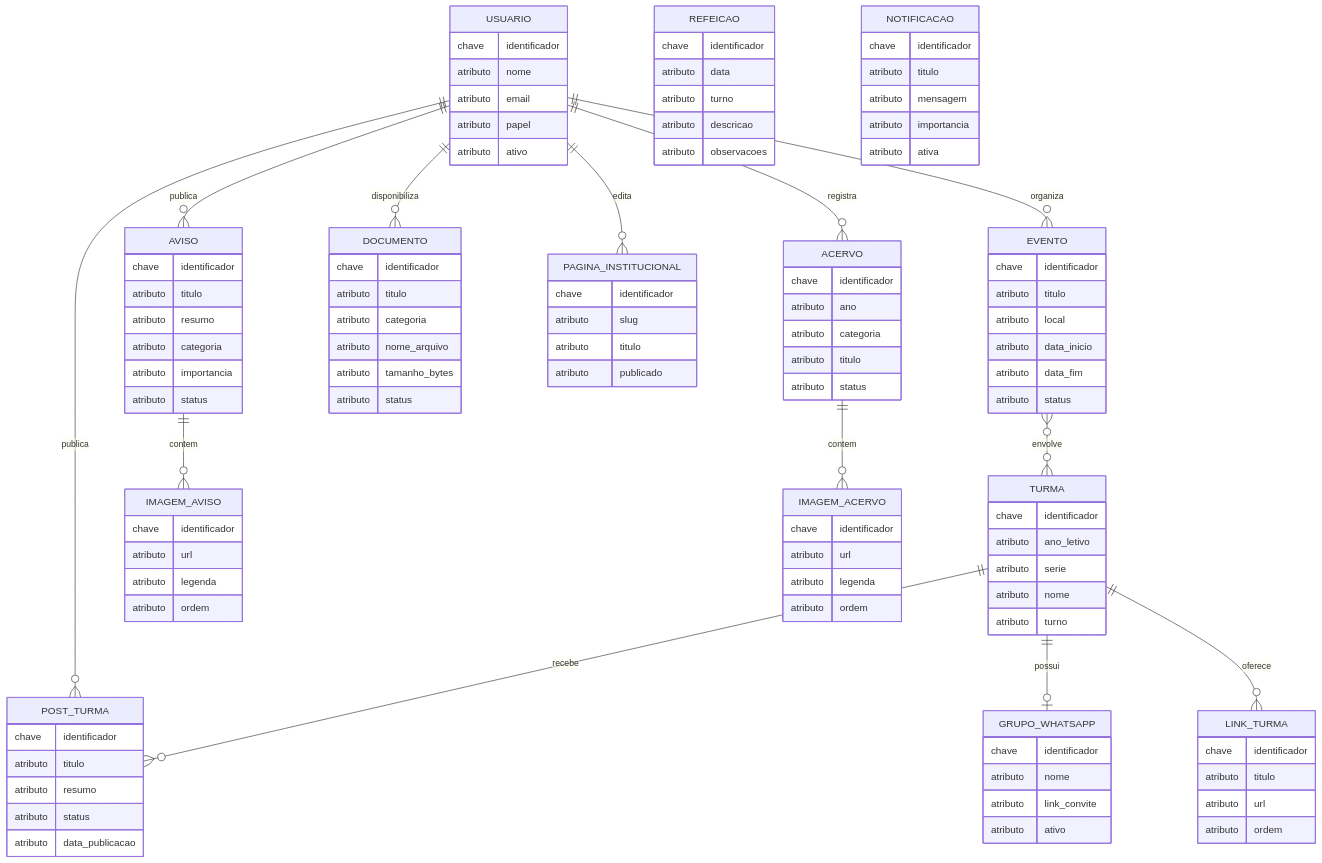
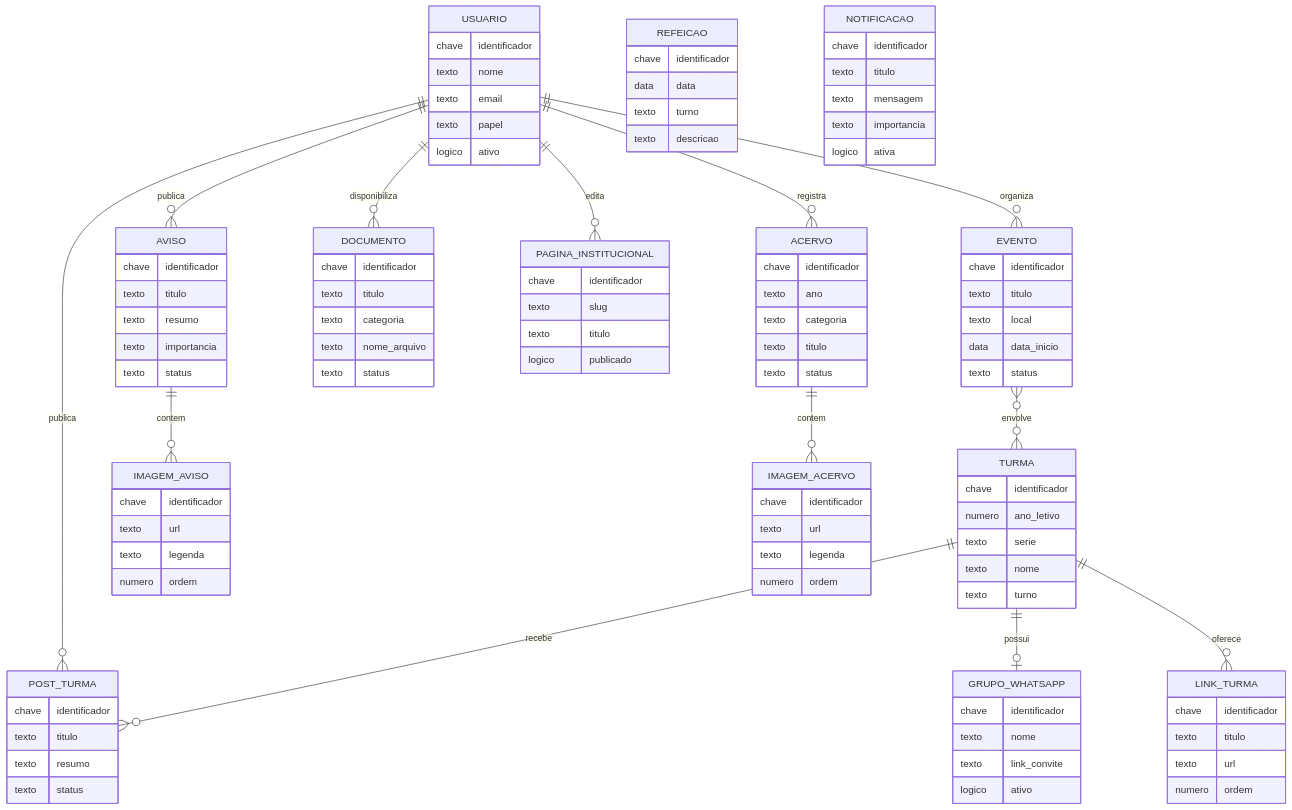
The diagram in 01_modelagem/der_conceitual.mmd (jefheee/a3-banco-dados-benonivio), drawn with Mermaid before and after one commit. The commit also changed 28 other files, not shown here.

```diff
--- a/01_modelagem/der_conceitual.mmd
+++ b/01_modelagem/der_conceitual.mmd
@@ -1,126 +1,121 @@
 erDiagram
     USUARIO {
         chave identificador
-        atributo nome
-        atributo email
-        atributo papel
-        atributo ativo
+        texto nome
+        texto email
+        texto papel
+        logico ativo
     }
 
     TURMA {
         chave identificador
-        atributo ano_letivo
-        atributo serie
-        atributo nome
-        atributo turno
+        numero ano_letivo
+        texto serie
+        texto nome
+        texto turno
     }
 
     GRUPO_WHATSAPP {
         chave identificador
-        atributo nome
-        atributo link_convite
-        atributo ativo
+        texto nome
+        texto link_convite
+        logico ativo
     }
 
     LINK_TURMA {
         chave identificador
-        atributo titulo
-        atributo url
-        atributo ordem
+        texto titulo
+        texto url
+        numero ordem
     }
 
     POST_TURMA {
         chave identificador
-        atributo titulo
-        atributo resumo
-        atributo status
-        atributo data_publicacao
+        texto titulo
+        texto resumo
+        texto status
     }
 
     AVISO {
         chave identificador
-        atributo titulo
-        atributo resumo
-        atributo categoria
-        atributo importancia
-        atributo status
+        texto titulo
+        texto resumo
+        texto importancia
+        texto status
     }
 
     IMAGEM_AVISO {
         chave identificador
-        atributo url
-        atributo legenda
-        atributo ordem
+        texto url
+        texto legenda
+        numero ordem
     }
 
     ACERVO {
         chave identificador
-        atributo ano
-        atributo categoria
-        atributo titulo
-        atributo status
+        texto ano
+        texto categoria
+        texto titulo
+        texto status
     }
 
     IMAGEM_ACERVO {
         chave identificador
-        atributo url
-        atributo legenda
-        atributo ordem
+        texto url
+        texto legenda
+        numero ordem
     }
 
     DOCUMENTO {
         chave identificador
-        atributo titulo
-        atributo categoria
-        atributo nome_arquivo
-        atributo tamanho_bytes
-        atributo status
+        texto titulo
+        texto categoria
+        texto nome_arquivo
+        texto status
     }
 
     PAGINA_INSTITUCIONAL {
         chave identificador
-        atributo slug
-        atributo titulo
-        atributo publicado
+        texto slug
+        texto titulo
+        logico publicado
     }
 
     EVENTO {
         chave identificador
-        atributo titulo
-        atributo local
-        atributo data_inicio
-        atributo data_fim
-        atributo status
+        texto titulo
+        texto local
+        data data_inicio
+        texto status
     }
 
     REFEICAO {
         chave identificador
-        atributo data
-        atributo turno
-        atributo descricao
-        atributo observacoes
+        data data
+        texto turno
+        texto descricao
     }
 
     NOTIFICACAO {
         chave identificador
-        atributo titulo
-        atributo mensagem
-        atributo importancia
-        atributo ativa
+        texto titulo
+        texto mensagem
+        texto importancia
+        logico ativa
     }
 
     USUARIO ||--o{ AVISO : "publica"
     USUARIO ||--o{ ACERVO : "registra"
     USUARIO ||--o{ DOCUMENTO : "disponibiliza"
     USUARIO ||--o{ PAGINA_INSTITUCIONAL : "edita"
     USUARIO ||--o{ POST_TURMA : "publica"
     USUARIO ||--o{ EVENTO : "organiza"
 
     AVISO ||--o{ IMAGEM_AVISO : "contem"
     ACERVO ||--o{ IMAGEM_ACERVO : "contem"
 
     TURMA ||--o| GRUPO_WHATSAPP : "possui"
     TURMA ||--o{ LINK_TURMA : "oferece"
     TURMA ||--o{ POST_TURMA : "recebe"
 
     EVENTO }o--o{ TURMA : "envolve"
```
